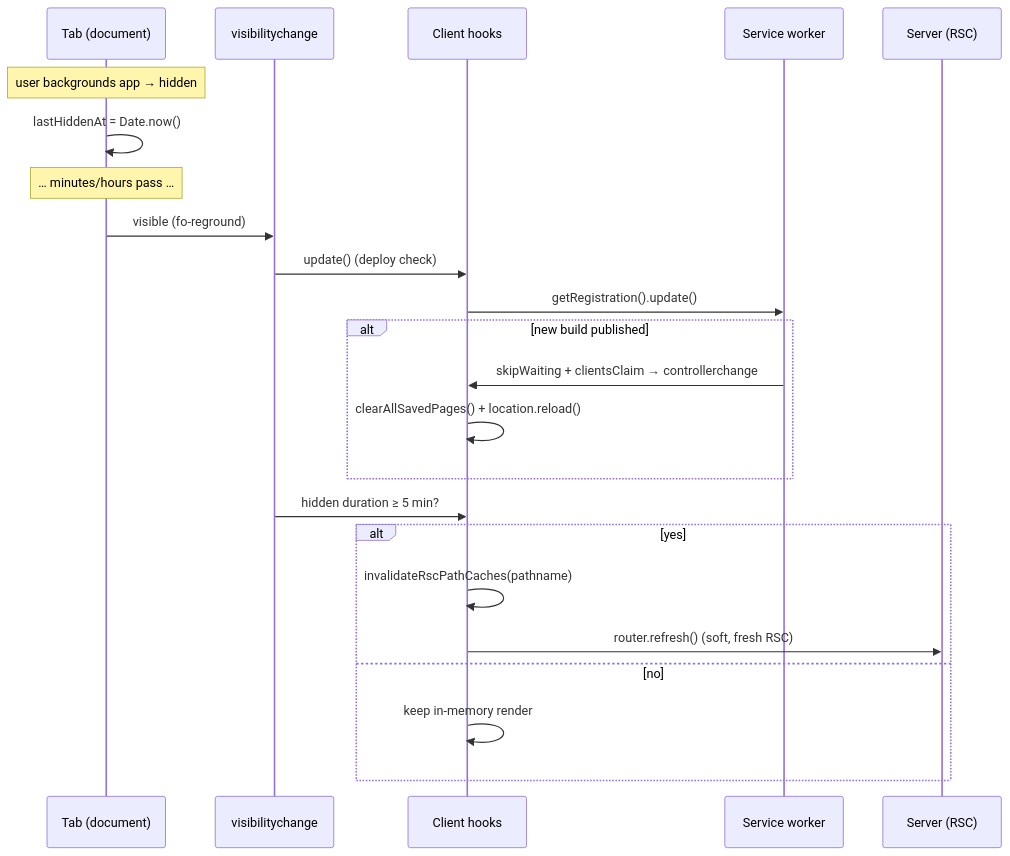
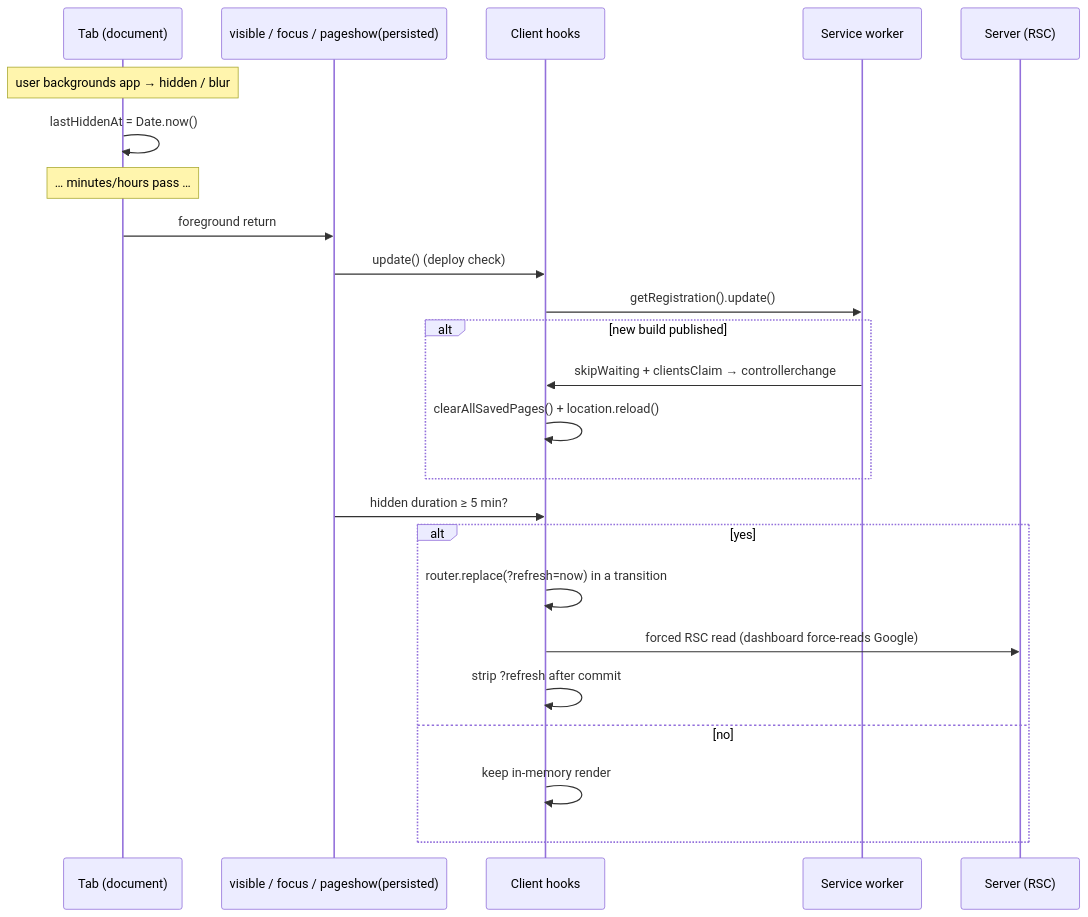
One commit to oncloudnintynineone-source/cloudy2 changed the fifth of 5 diagrams in docs/pwa-offline.md. Above: the diagram before and after it, drawn with Mermaid. The commit also changed other lines of this file and 5 other files, not shown here.

Commit message:
fix(pwa): inactivity refresh now force-reads Google on background return

````diff
--- a/docs/pwa-offline.md
+++ b/docs/pwa-offline.md
@@ -461,26 +470,27 @@
 ```mermaid
 sequenceDiagram
     participant T as Tab (document)
-    participant V as visibilitychange
+    participant V as visible / focus / pageshow(persisted)
     participant C as Client hooks
     participant SW as Service worker
     participant S as Server (RSC)
 
-    Note over T: user backgrounds app → hidden
+    Note over T: user backgrounds app → hidden / blur
     T->>T: lastHiddenAt = Date.now()
     Note over T: … minutes/hours pass …
-    T->>V: visible (fo-reground)
+    T->>V: foreground return
     V->>C: update() (deploy check)
     C->>SW: getRegistration().update()
     alt new build published
         SW->>C: skipWaiting + clientsClaim → controllerchange
         C->>C: clearAllSavedPages() + location.reload()
     end
     V->>C: hidden duration ≥ 5 min?
     alt yes
-        C->>C: invalidateRscPathCaches(pathname)
-        C->>S: router.refresh() (soft, fresh RSC)
+        C->>C: router.replace(?refresh=now) in a transition
+        C->>S: forced RSC read (dashboard force-reads Google)
+        C->>C: strip ?refresh after commit
     else no
         C->>C: keep in-memory render
     end
 ```
````
